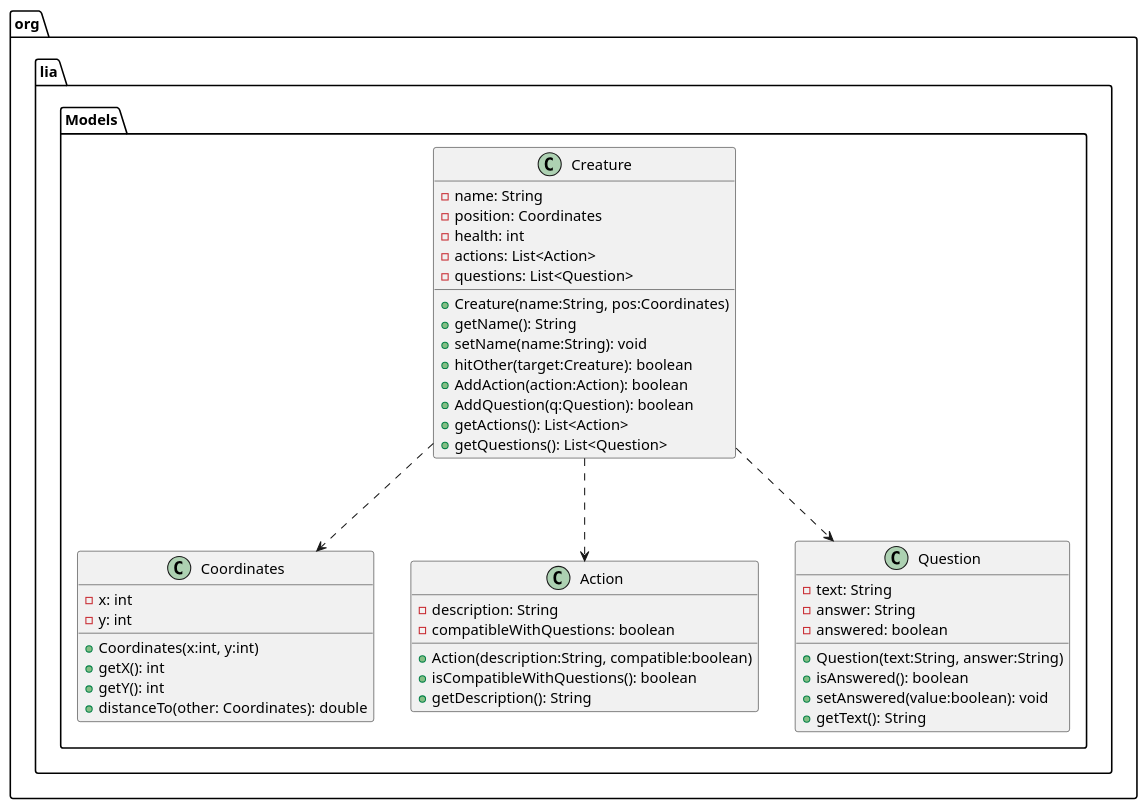
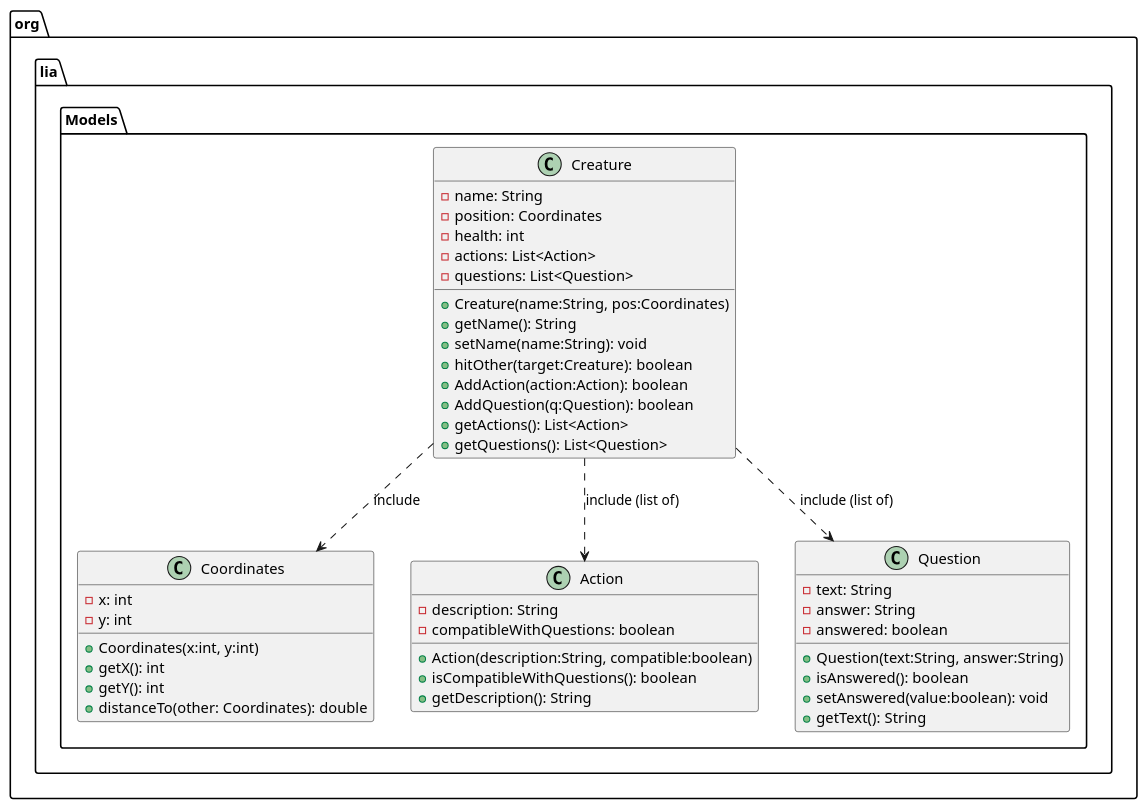
Before and after one commit to Starostina-elena/tpo_lab1: the diagram in part3/part3/uml_diagram.puml, drawn with PlantUML. The commit also changed 3 other files, not shown here.

```diff
--- a/part3/part3/uml_diagram.puml
+++ b/part3/part3/uml_diagram.puml
@@ -1,50 +1,50 @@
 @startuml
 package org.lia.Models {
   class Coordinates {
     - x: int
     - y: int
     + Coordinates(x:int, y:int)
     + getX(): int
     + getY(): int
     + distanceTo(other: Coordinates): double
   }
 
   class Action {
     - description: String
     - compatibleWithQuestions: boolean
     + Action(description:String, compatible:boolean)
     + isCompatibleWithQuestions(): boolean
     + getDescription(): String
   }
 
   class Question {
     - text: String
     - answer: String
     - answered: boolean
     + Question(text:String, answer:String)
     + isAnswered(): boolean
     + setAnswered(value:boolean): void
     + getText(): String
   }
 
   class Creature {
     - name: String
     - position: Coordinates
     - health: int
     - actions: List<Action>
     - questions: List<Question>
     + Creature(name:String, pos:Coordinates)
     + getName(): String
     + setName(name:String): void
     + hitOther(target:Creature): boolean
     + AddAction(action:Action): boolean
     + AddQuestion(q:Question): boolean
     + getActions(): List<Action>
     + getQuestions(): List<Question>
   }
 
-  Creature ..> Action : ""
-  Creature ..> Question : ""
-  Creature ..> Coordinates : ""
+  Creature ..> Action : "include (list of)"
+  Creature ..> Question : "include (list of)"
+  Creature ..> Coordinates : "include"
 }
 @enduml
```
